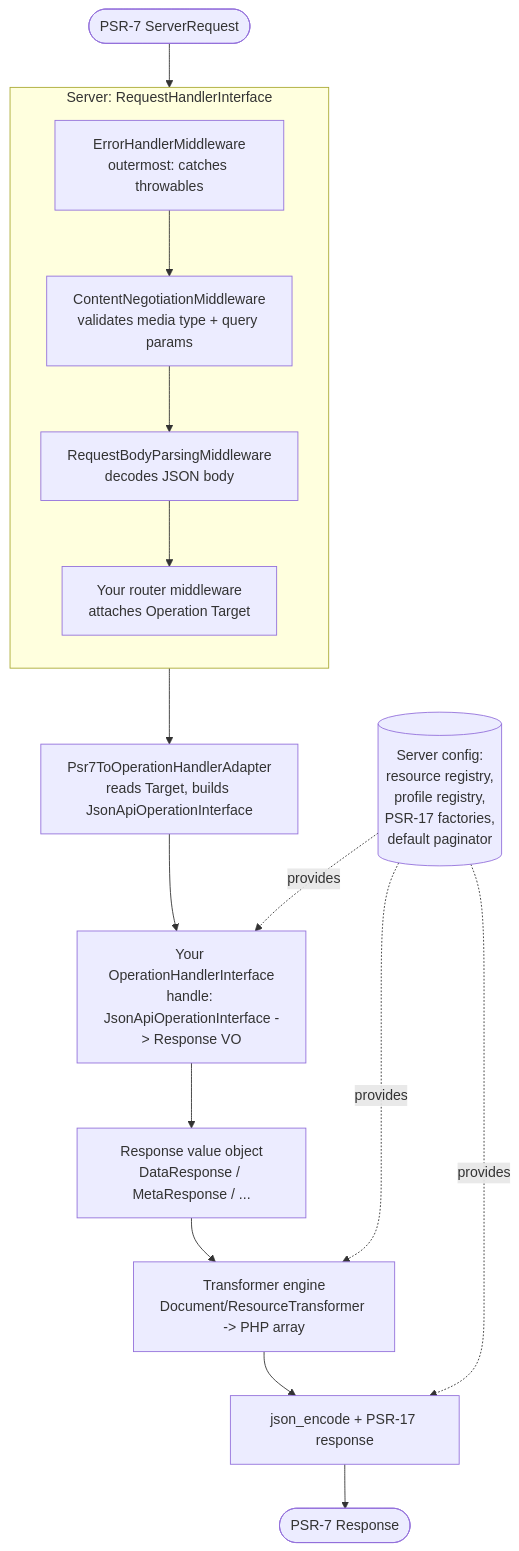
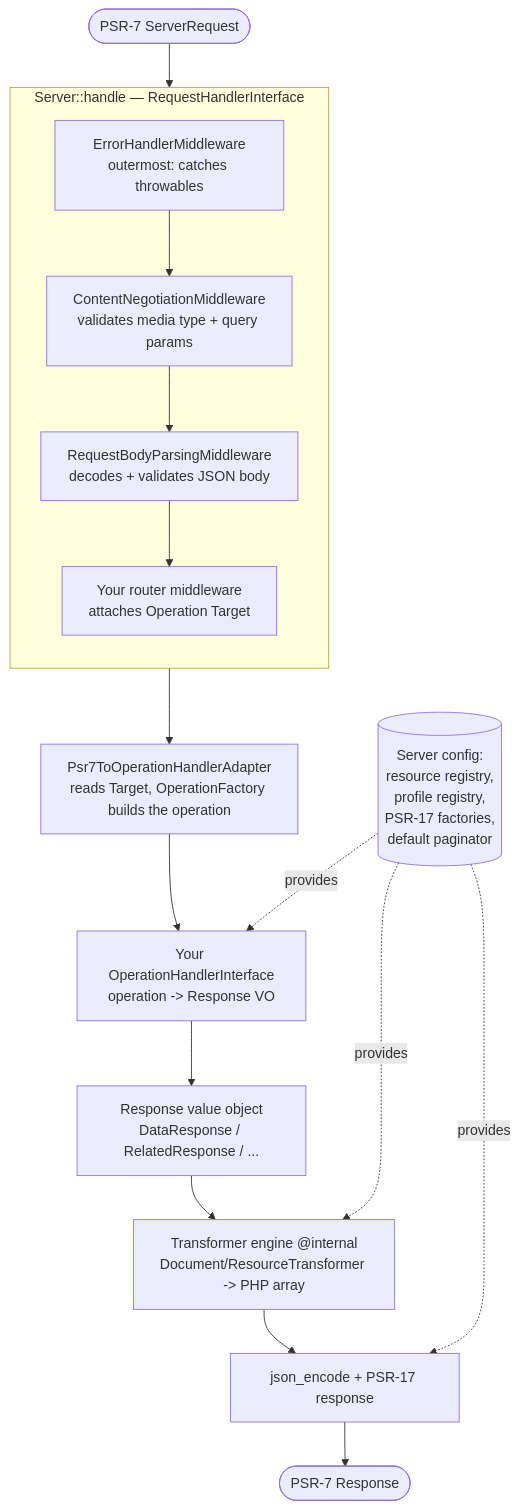
One commit to haddowg/json-api-symfony changed the diagram in docs/architecture.md. Above: the diagram before and after it, drawn with Mermaid. The commit also changed other lines of this file and 90 other files, not shown here.

````diff
--- a/docs/architecture.md
+++ b/docs/architecture.md
@@ -32,25 +96,25 @@
 ```mermaid
 flowchart TD
     client([PSR-7 ServerRequest]) --> server
 
-    subgraph server[Server: RequestHandlerInterface]
+    subgraph server[Server::handle — RequestHandlerInterface]
         direction TB
         eh[ErrorHandlerMiddleware<br/>outermost: catches throwables]
         cn[ContentNegotiationMiddleware<br/>validates media type + query params]
-        bp[RequestBodyParsingMiddleware<br/>decodes JSON body]
+        bp[RequestBodyParsingMiddleware<br/>decodes + validates JSON body]
         router[Your router middleware<br/>attaches Operation Target]
         eh --> cn --> bp --> router
     end
 
-    router --> adapter[Psr7ToOperationHandlerAdapter<br/>reads Target, builds JsonApiOperationInterface]
-    adapter --> handler[Your OperationHandlerInterface<br/>handle: JsonApiOperationInterface -> Response VO]
-    handler --> vo[Response value object<br/>DataResponse / MetaResponse / ...]
-    vo --> engine[Transformer engine<br/>Document/ResourceTransformer -> PHP array]
+    router --> adapter[Psr7ToOperationHandlerAdapter<br/>reads Target, OperationFactory builds the operation]
+    adapter --> handler[Your OperationHandlerInterface<br/>operation -> Response VO]
+    handler --> vo[Response value object<br/>DataResponse / RelatedResponse / ...]
+    vo --> engine[Transformer engine @internal<br/>Document/ResourceTransformer -> PHP array]
     engine --> encode[json_encode + PSR-17 response]
     encode --> out([PSR-7 Response])
 
     config[(Server config:<br/>resource registry,<br/>profile registry,<br/>PSR-17 factories,<br/>default paginator)]
     config -.provides.-> handler
     config -.provides.-> engine
     config -.provides.-> encode
 ```
````
